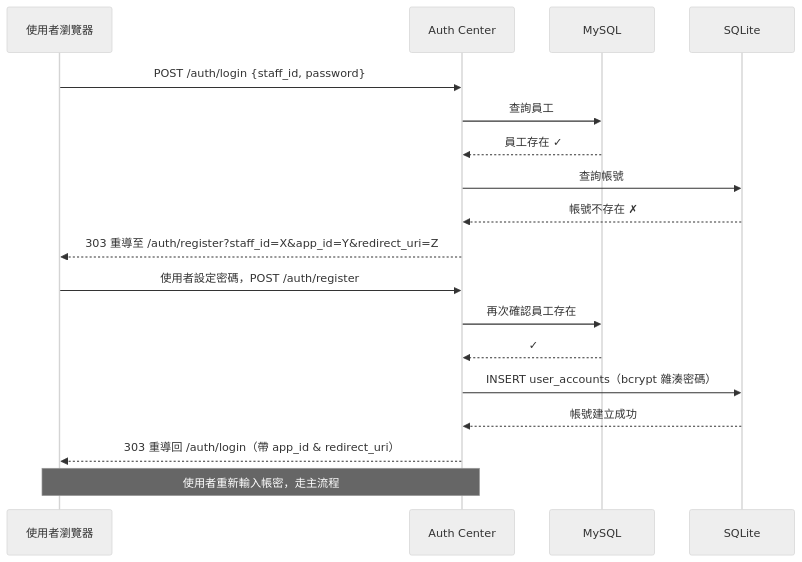
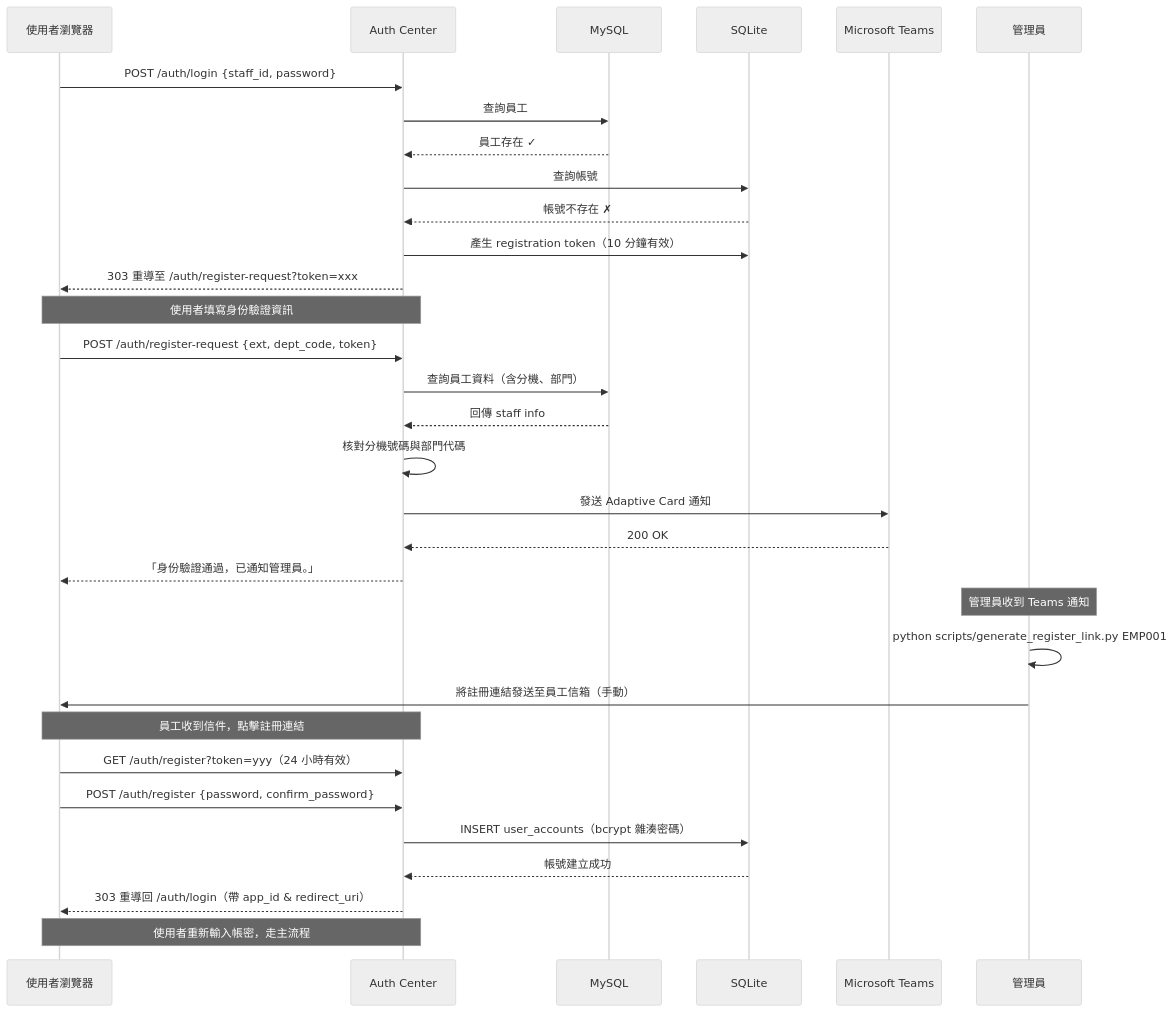
The second of 8 diagrams in README.md (bwinken/authcenter), drawn with Mermaid (neutral theme) before and after one commit. The commit also changed other lines of this file and 11 other files, not shown here.

````diff
--- a/README.md
+++ b/README.md
@@ -134,23 +138,40 @@
 ```mermaid
 sequenceDiagram
     participant U as 使用者瀏覽器
     participant C as Auth Center
     participant M as MySQL
     participant S as SQLite
+    participant T as Microsoft Teams
+    participant A as 管理員
 
     U->>C: POST /auth/login {staff_id, password}
     C->>M: 查詢員工
     M-->>C: 員工存在 ✓
     C->>S: 查詢帳號
     S-->>C: 帳號不存在 ✗
 
-    C-->>U: 303 重導至 /auth/register?staff_id=X&app_id=Y&redirect_uri=Z
-    U->>C: 使用者設定密碼，POST /auth/register
-    C->>M: 再次確認員工存在
-    M-->>C: ✓
+    C->>S: 產生 registration token（10 分鐘有效）
+    C-->>U: 303 重導至 /auth/register-request?token=xxx
+
+    Note over U,C: 使用者填寫身份驗證資訊
+    U->>C: POST /auth/register-request {ext, dept_code, token}
+    C->>M: 查詢員工資料（含分機、部門）
+    M-->>C: 回傳 staff info
+    C->>C: 核對分機號碼與部門代碼
+    C->>T: 發送 Adaptive Card 通知
+    T-->>C: 200 OK
+    C-->>U: 「身份驗證通過，已通知管理員。」
+
+    Note over A: 管理員收到 Teams 通知
+    A->>A: python scripts/generate_register_link.py EMP001
+    A->>U: 將註冊連結發送至員工信箱（手動）
+
+    Note over U,C: 員工收到信件，點擊註冊連結
+    U->>C: GET /auth/register?token=yyy（24 小時有效）
+    U->>C: POST /auth/register {password, confirm_password}
     C->>S: INSERT user_accounts（bcrypt 雜湊密碼）
     S-->>C: 帳號建立成功
 
     C-->>U: 303 重導回 /auth/login（帶 app_id & redirect_uri）
     Note over U,C: 使用者重新輸入帳密，走主流程
 ```
````
